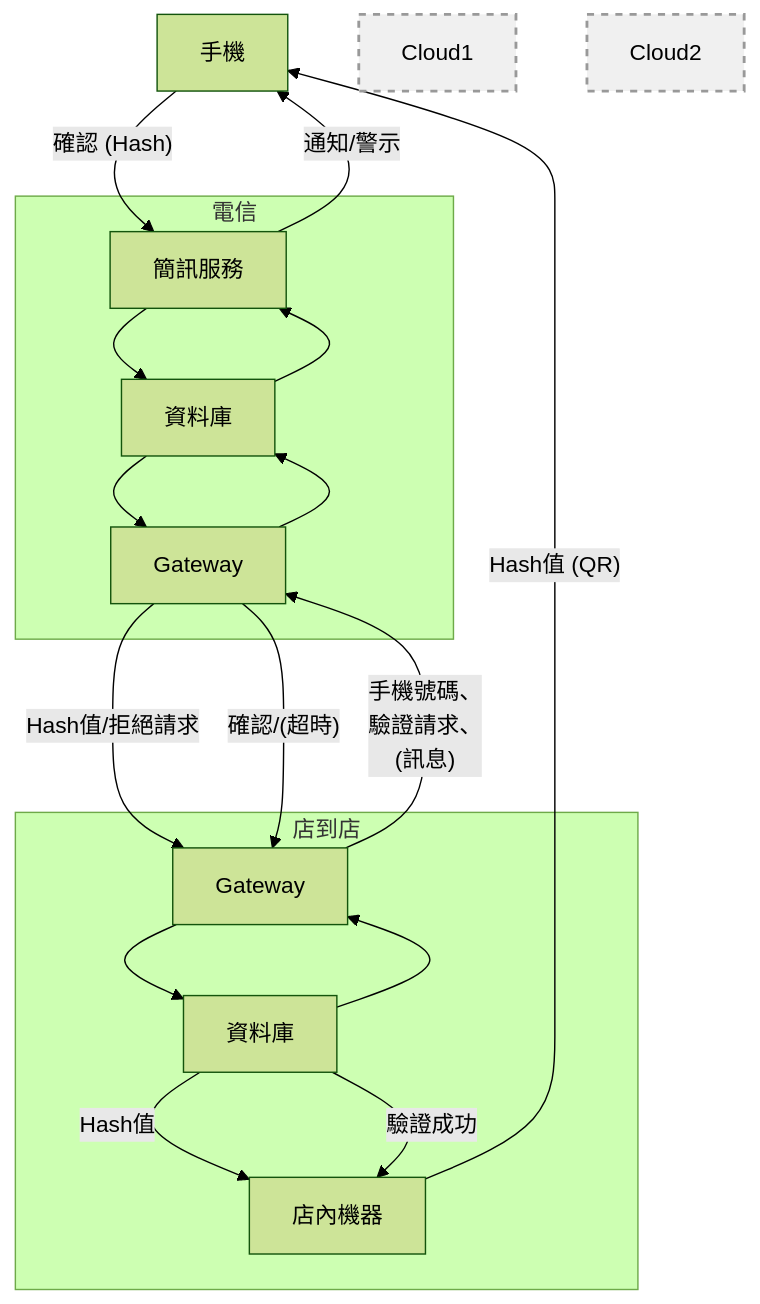
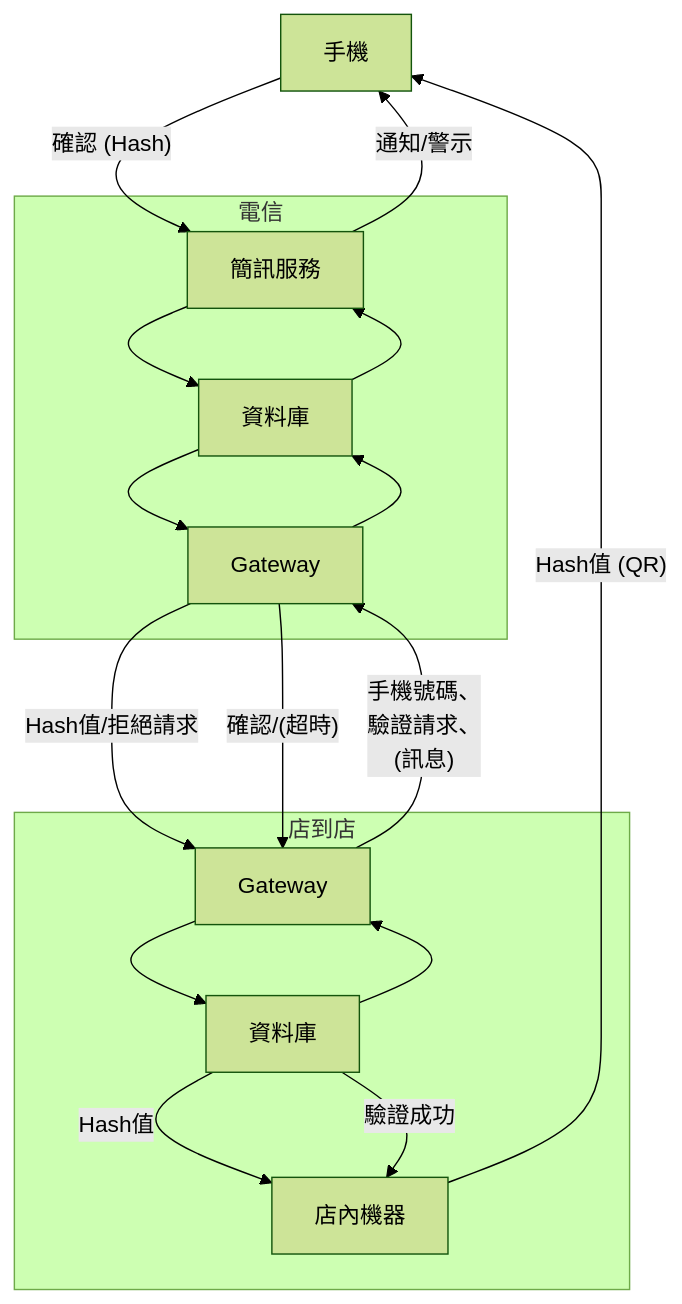
The first of 3 diagrams in README.md (Typas/pcs-final-project), drawn with Mermaid (forest theme) before and after one commit. The commit also changed other lines of this file, not shown here.

````diff
--- a/README.md
+++ b/README.md
@@ -17,38 +5,35 @@
 ```mermaid
 flowchart TB
     Phone["手機"]
     
     subgraph TelecomCloud["電信"]
         TelecomGW[Gateway]
         TelecomDB["資料庫"]
         SMS["簡訊服務"]
     end
     
     subgraph EnterpriseCloud["店到店"]
         EnterpriseGW[Gateway]
         EnterpriseDB["資料庫"]
         Terminal["店內機器"]
     end
     
     EnterpriseGW -->|"手機號碼、\n驗證請求、\n(訊息)"| TelecomGW
     TelecomGW -->|"Hash值/拒絕請求"| EnterpriseGW
     TelecomGW --> TelecomDB
     TelecomDB --> TelecomGW
     TelecomDB --> SMS
     SMS --> TelecomDB
     
     TelecomGW -->|"確認/(超時)"| EnterpriseGW
     
     EnterpriseGW --> EnterpriseDB
     EnterpriseDB --> EnterpriseGW
     EnterpriseDB --> |"Hash值"| Terminal
     EnterpriseDB --> |"驗證成功"| Terminal
 
     Terminal --> |"Hash值 (QR)"| Phone
     
     SMS -->|"通知/警示"| Phone
     Phone -->|"確認 (Hash)"| SMS
-    
-    style Cloud1 fill:#f0f0f0,stroke:#999,stroke-width:2px,stroke-dasharray: 5 5
-    style Cloud2 fill:#f0f0f0,stroke:#999,stroke-width:2px,stroke-dasharray: 5 5
 ```
````
